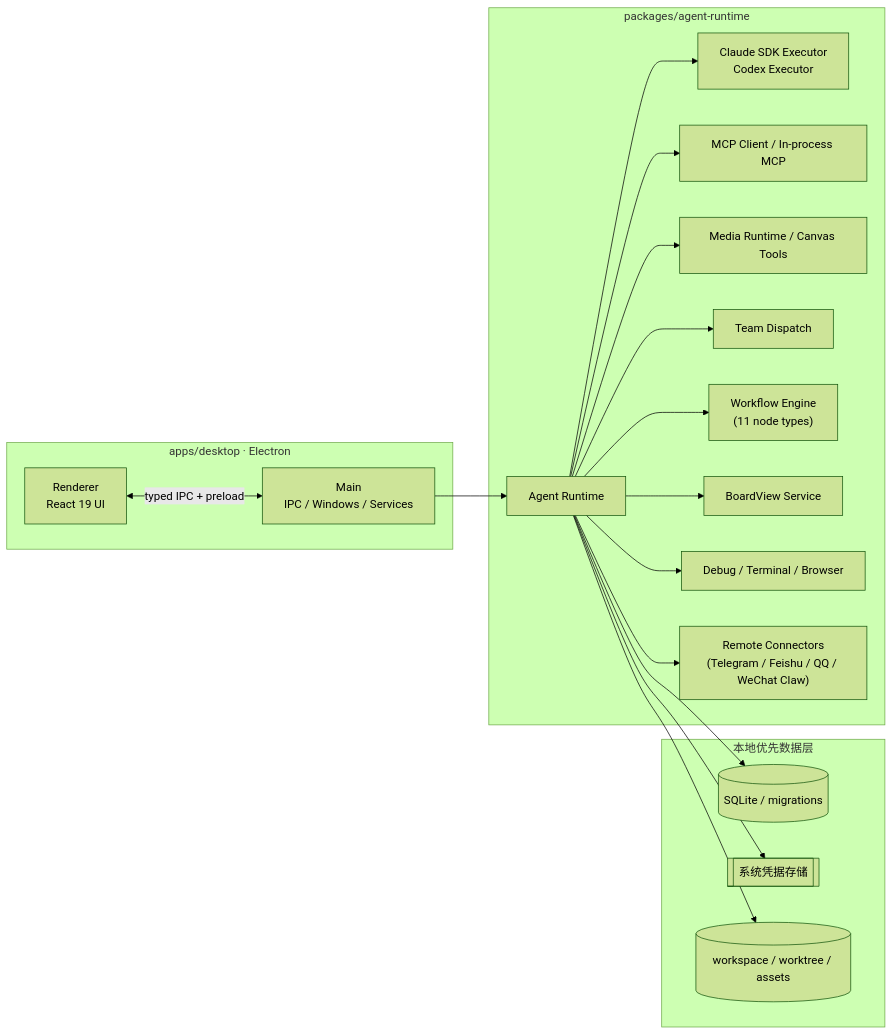
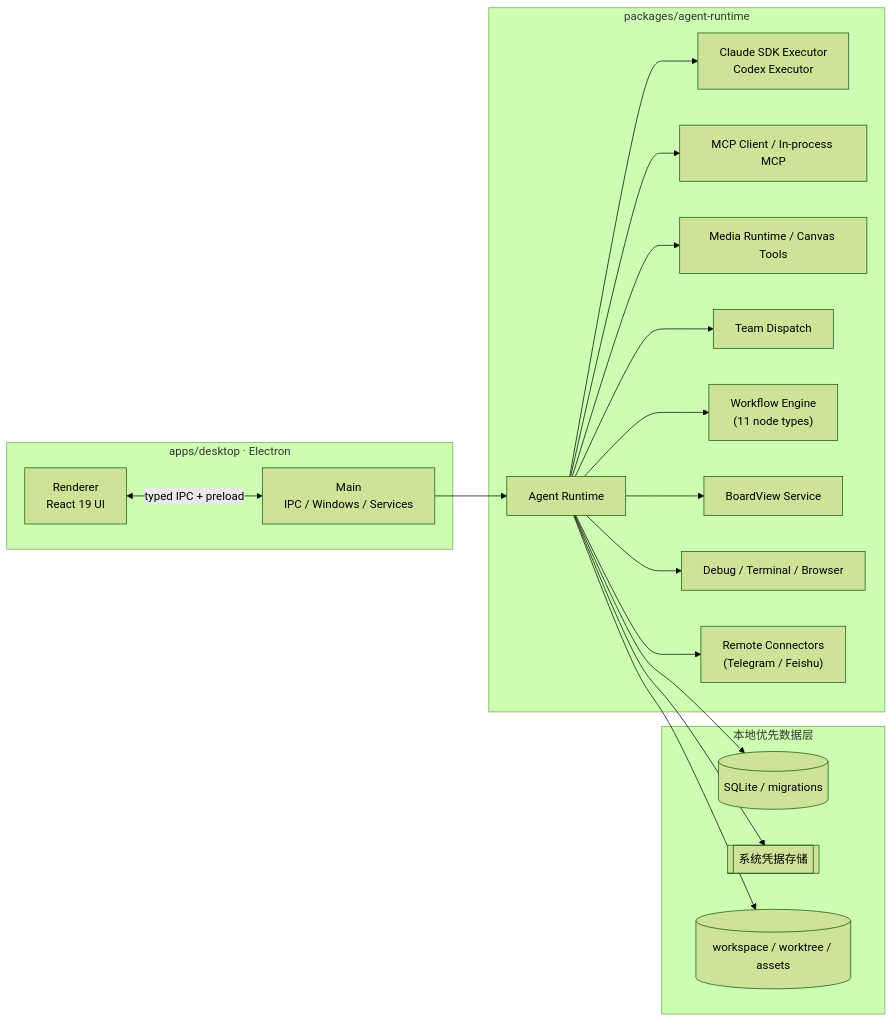
Before and after one commit to alexanderizh/spark-agent: the second of 2 diagrams in README.md, drawn with Mermaid (forest theme). The commit also changed other lines of this file and 52 other files, not shown here.

````diff
--- a/README.md
+++ b/README.md
@@ -169,36 +169,36 @@
 ```mermaid
 graph LR
     subgraph Desktop["apps/desktop · Electron"]
         R["Renderer<br/>React 19 UI"]
         M["Main<br/>IPC / Windows / Services"]
     end
     subgraph Runtime["packages/agent-runtime"]
         AL["Agent Runtime"]
         EX["Claude SDK Executor<br/>Codex Executor"]
         MCP["MCP Client / In-process MCP"]
         MED["Media Runtime / Canvas Tools"]
         TEAM["Team Dispatch"]
         WF["Workflow Engine<br/>(11 node types)"]
         BD["BoardView Service"]
         DBG["Debug / Terminal / Browser"]
-        RC["Remote Connectors<br/>(Telegram / Feishu / QQ / WeChat Claw)"]
+        RC["Remote Connectors<br/>(Telegram / Feishu)"]
     end
     subgraph Data["本地优先数据层"]
         DB[(SQLite / migrations)]
         KEY[[系统凭据存储]]
         FS[(workspace / worktree / assets)]
     end
     R <-->|typed IPC + preload| M
     M --> AL
     AL --> EX
     AL --> MCP
     AL --> MED
     AL --> TEAM
     AL --> WF
     AL --> BD
     AL --> DBG
     AL --> RC
     AL --> DB
     AL --> KEY
     AL --> FS
 ```
````
